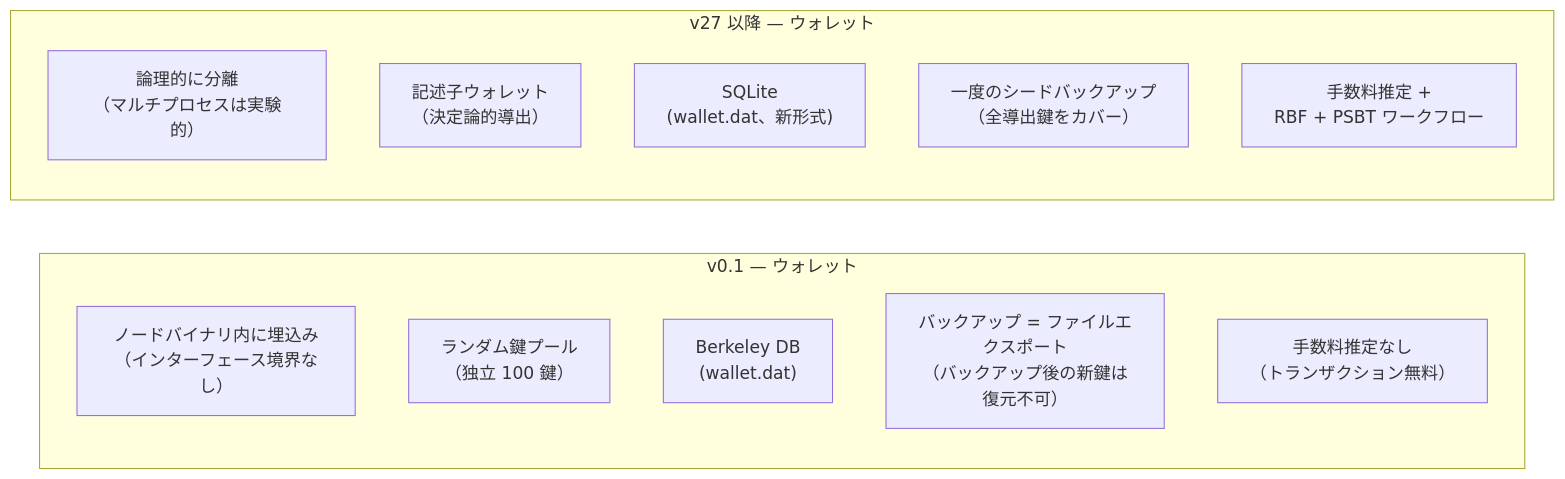
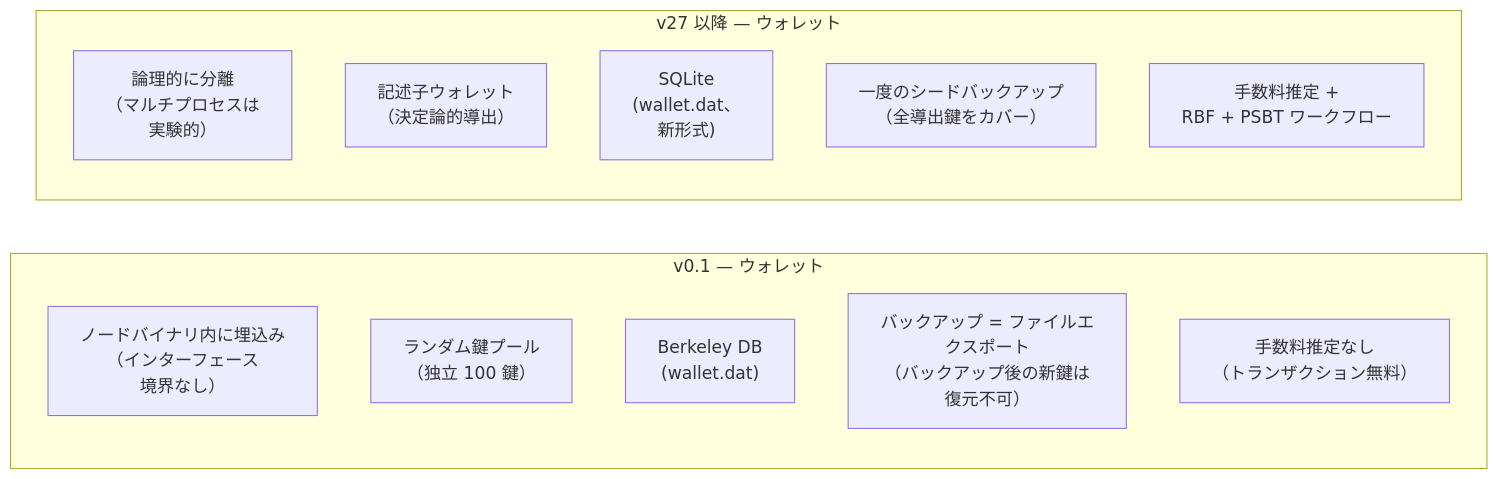
Before and after one commit to cypher256/BitcoinArchive: the ninth of 10 diagrams in src/data/translations/ja/design/2009-01-03-bitcoin-architecture-evolution.md, drawn with Mermaid. The commit also changed other lines of this file and 11 other files, not shown here.

First line of the commit message:
JA Mermaid labels: wrap long CJK labels (mermaid-ja-wrap, 12 design docs)

````diff
--- a/src/data/translations/ja/design/2009-01-03-bitcoin-architecture-evolution.md
+++ b/src/data/translations/ja/design/2009-01-03-bitcoin-architecture-evolution.md
@@ -322,20 +322,20 @@
 ```mermaid
 flowchart LR
     subgraph V01_WALL["v0.1 — ウォレット"]
         direction TB
-        EMBED["ノードバイナリ内に埋込み<br/>（インターフェース境界なし）"]
+        EMBED["ノードバイナリ内に埋込み<br/>（インターフェース<br/>境界なし）"]
         RAND_K["ランダム鍵プール<br/>（独立 100 鍵）"]
         BDB_W["Berkeley DB<br/>(wallet.dat)"]
         BACKUP["バックアップ = ファイルエクスポート<br/>（バックアップ後の新鍵は<br/>復元不可）"]
         NO_FEE["手数料推定なし<br/>（トランザクション無料）"]
     end
 
     subgraph V27_WALL["v27 以降 — ウォレット"]
         direction TB
-        SEP["論理的に分離<br/>（マルチプロセスは実験的）"]
+        SEP["論理的に分離<br/>（マルチプロセスは<br/>実験的）"]
         DESC["記述子ウォレット<br/>（決定論的導出）"]
-        SQLITE["SQLite<br/>(wallet.dat、新形式)"]
+        SQLITE["SQLite<br/>(wallet.dat、<br/>新形式)"]
         SEED["一度のシードバックアップ<br/>（全導出鍵をカバー）"]
         EST["手数料推定 +<br/>RBF + PSBT ワークフロー"]
     end
 ```
````
